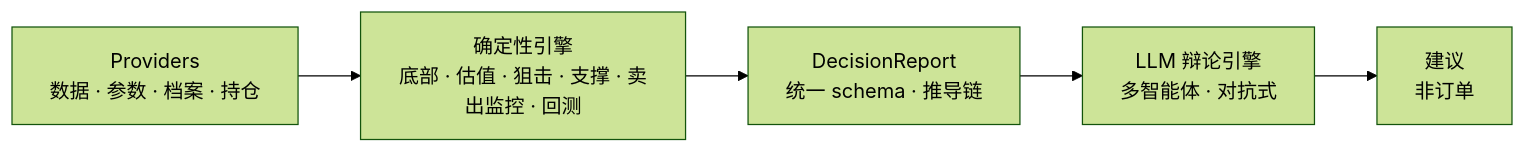
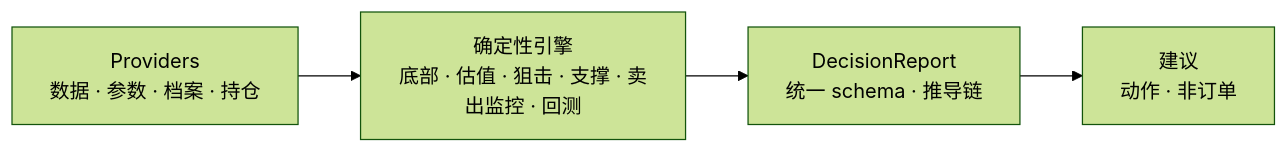
One commit to edge2012/GrinderAlpha changed the first of 2 diagrams in README.zh.md. Above: the diagram before and after it, drawn with Mermaid (forest theme). The commit also changed other lines of this file and 1 other file, not shown here.

````diff
--- a/README.zh.md
+++ b/README.zh.md
@@ -80,7 +84,6 @@
 ```mermaid
 flowchart LR
     P["Providers<br/>数据 · 参数 · 档案 · 持仓"] --> E["确定性引擎<br/>底部 · 估值 · 狙击 · 支撑 · 卖出监控 · 回测"]
     E --> R["DecisionReport<br/>统一 schema · 推导链"]
-    R --> D["LLM 辩论引擎<br/>多智能体 · 对抗式"]
-    D --> O["建议<br/>非订单"]
+    R --> O["建议<br/>动作 · 非订单"]
 ```
````
